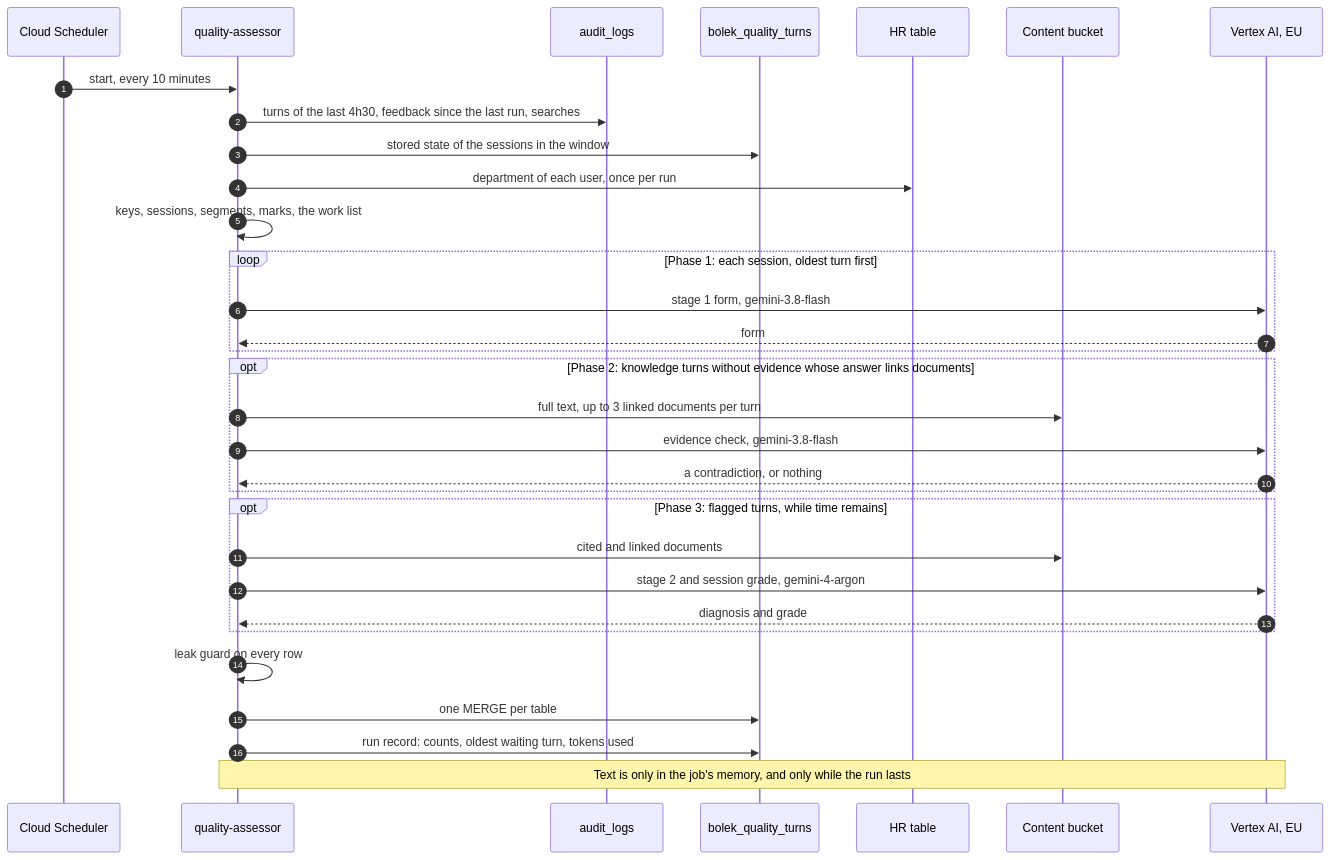
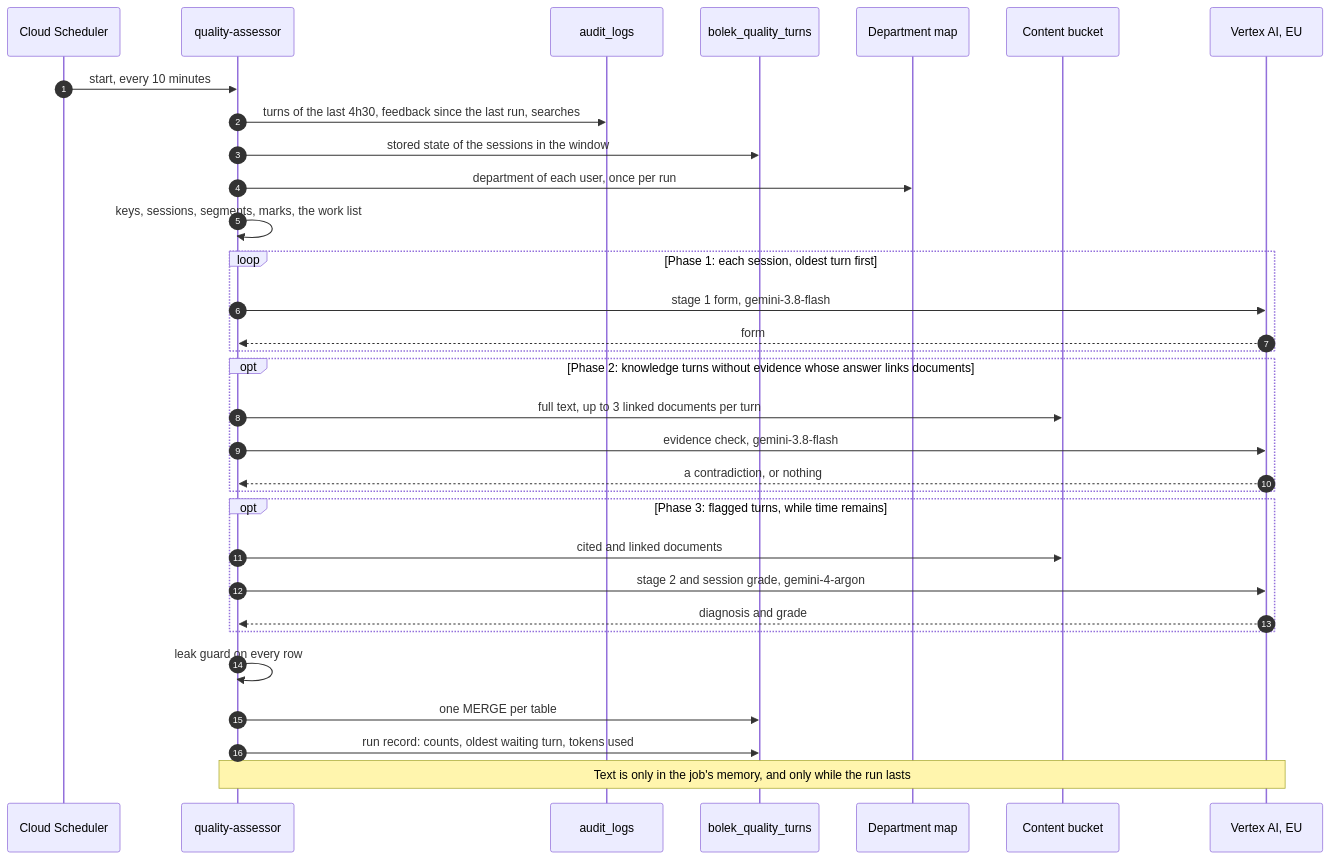
One commit to pborkowski-rtbh/conversation-analyzer changed diagram 14 of 19 in design-doc.md. Above: the diagram before and after it, drawn with Mermaid. The commit also changed other lines of this file and 13 other files, not shown here.

````diff
--- a/design-doc.md
+++ b/design-doc.md
@@ -1317,34 +1317,34 @@
 ```mermaid
 sequenceDiagram
     autonumber
     participant SCH as Cloud Scheduler
     participant A as quality-assessor
     participant LOG as audit_logs
     participant T as bolek_quality_turns
-    participant HR as HR table
+    participant HR as Department map
     participant GCS as Content bucket
     participant V as Vertex AI, EU
     SCH->>A: start, every 10 minutes
     A->>LOG: turns of the last 4h30, feedback since the last run, searches
     A->>T: stored state of the sessions in the window
     A->>HR: department of each user, once per run
     A->>A: keys, sessions, segments, marks, the work list
     loop Phase 1: each session, oldest turn first
         A->>V: stage 1 form, gemini-3.8-flash
         V-->>A: form
     end
     opt Phase 2: knowledge turns without evidence whose answer links documents
         A->>GCS: full text, up to 3 linked documents per turn
         A->>V: evidence check, gemini-3.8-flash
         V-->>A: a contradiction, or nothing
     end
     opt Phase 3: flagged turns, while time remains
         A->>GCS: cited and linked documents
         A->>V: stage 2 and session grade, gemini-4-argon
         V-->>A: diagnosis and grade
     end
     A->>A: leak guard on every row
     A->>T: one MERGE per table
     A->>T: run record: counts, oldest waiting turn, tokens used
     Note over A,V: Text is only in the job's memory, and only while the run lasts
 ```
````
